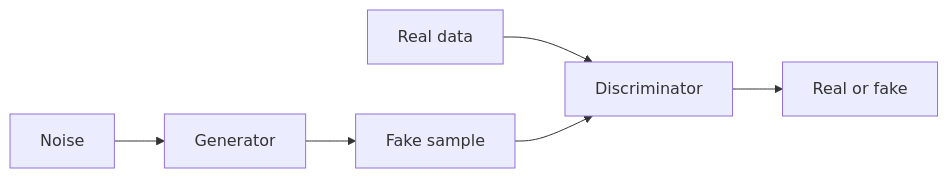
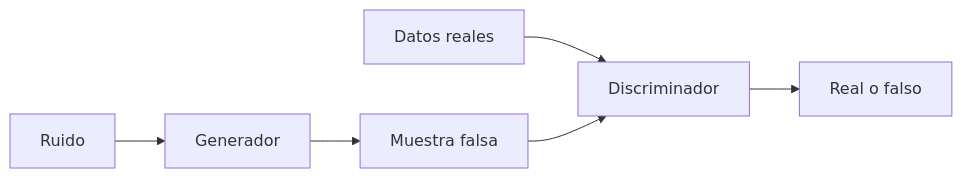
One commit to EmersonBraun/ai-summary-hub changed the diagram in i18n/es/docusaurus-plugin-content-docs/current/gans/index.md. Above: the diagram before and after it, drawn with Mermaid. The commit also changed other lines of this file and 230 other files, not shown here.

````diff
--- a/i18n/es/docusaurus-plugin-content-docs/current/gans/index.md
+++ b/i18n/es/docusaurus-plugin-content-docs/current/gans/index.md
@@ -19,8 +21,8 @@
 ```mermaid
 flowchart LR
-  Z[Noise] --> G[Generator]
-  G --> Fake[Fake sample]
-  Real[Real data] --> D[Discriminator]
+  Z[Ruido] --> G[Generador]
+  G --> Fake[Muestra falsa]
+  Real[Datos reales] --> D[Discriminador]
   Fake --> D
-  D --> Out[Real or fake]
+  D --> Out[Real o falso]
 ```
````
